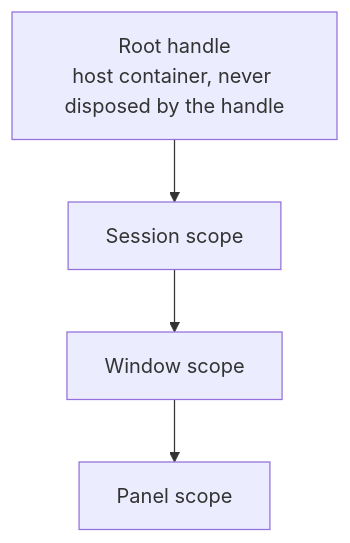
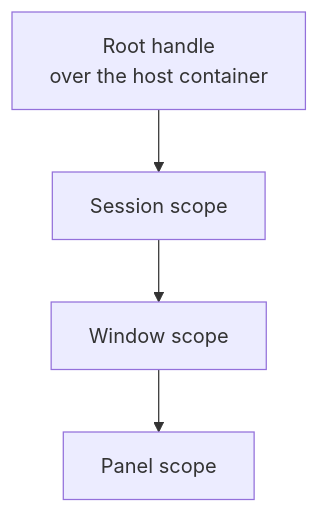
Before and after one commit to abdes/DroidNet: the diagram in projects/Composition/README.md, drawn with Mermaid. The commit also changed other lines of this file and 5 other files, not shown here.

````diff
--- a/projects/Composition/README.md
+++ b/projects/Composition/README.md
@@ -17,10 +17,10 @@
 ```mermaid
 flowchart TB
-    Root["Root handle<br/>host container, never disposed by the handle"]
+    Root["Root handle<br/>over the host container"]
     Session["Session scope"]
     Window["Window scope"]
     Panel["Panel scope"]
     Root --> Session
     Session --> Window
     Window --> Panel
 ```
````
